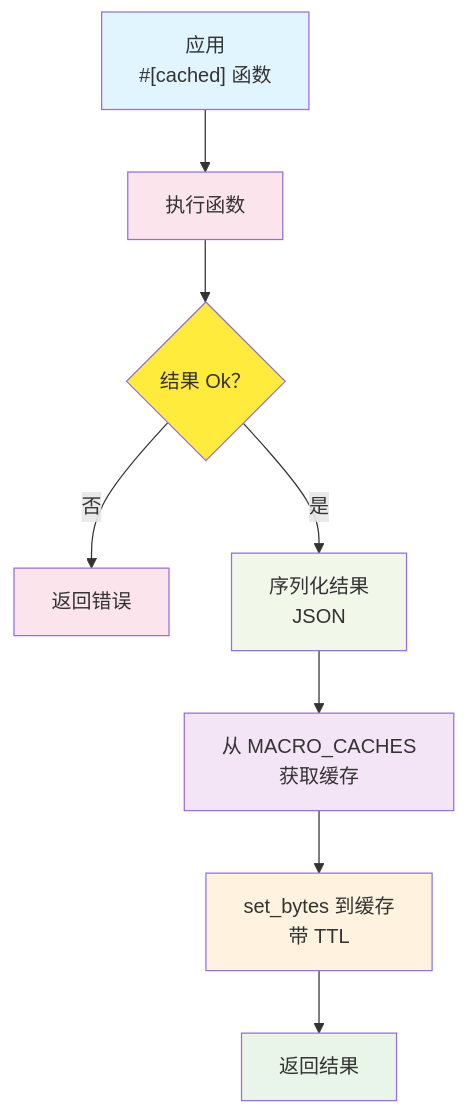
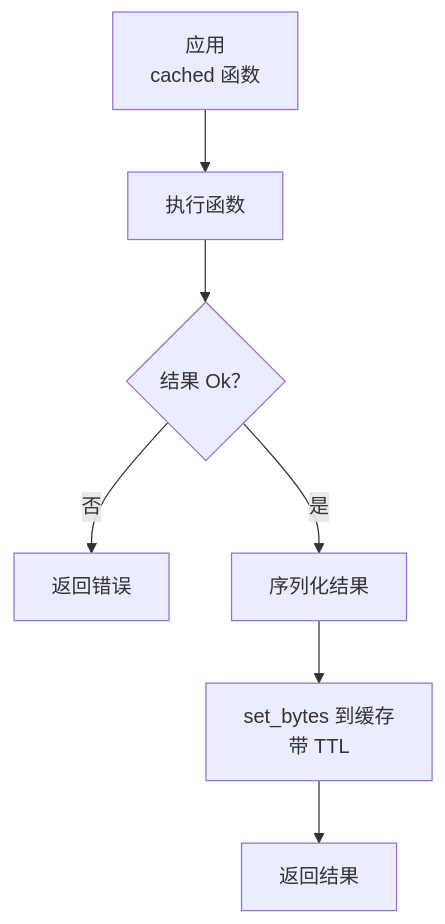
Before and after one commit to Kirky-X/oxcache: the fourth of 6 diagrams in docs/ARCHITECTURE.md, drawn with Mermaid. The commit also changed other lines of this file and 7 other files, not shown here.

Commit message:
docs(oxcache): docs 文档套件统一优化 — emoji 化 h2 与折叠目录、文档间交叉链接网络、架构/数据流 mermaid 图、结构化内容表格化、清除内部任务追踪引用；失真内容对照 src/ 源码修正，基准数字与安全承诺口径原样保留

````diff
--- a/docs/ARCHITECTURE.md
+++ b/docs/ARCHITECTURE.md
@@ -590,19 +606,9 @@
 ```mermaid
 flowchart TD
-    A["应用<br/>#[cached] 函数"] --> B["执行函数"]
+    A["应用<br/>cached 函数"] --> B["执行函数"]
     B --> C{"结果 Ok？"}
     C -->|否| D["返回错误"]
-    C -->|是| E["序列化结果<br/>JSON"]
-    E --> F["从 MACRO_CACHES<br/>获取缓存"]
-    F --> G["set_bytes 到缓存<br/>带 TTL"]
-    G --> L["返回结果"]
-
-    style A fill:#e1f5fe
-    style B fill:#fce4ec
-    style C fill:#ffeb3b
-    style D fill:#fce4ec
-    style E fill:#f1f8e9
-    style F fill:#f3e5f5
-    style G fill:#fff3e0
-    style L fill:#e8f5e8
+    C -->|是| E["序列化结果"]
+    E --> F["set_bytes 到缓存<br/>带 TTL"]
+    F --> L["返回结果"]
 ```
````
